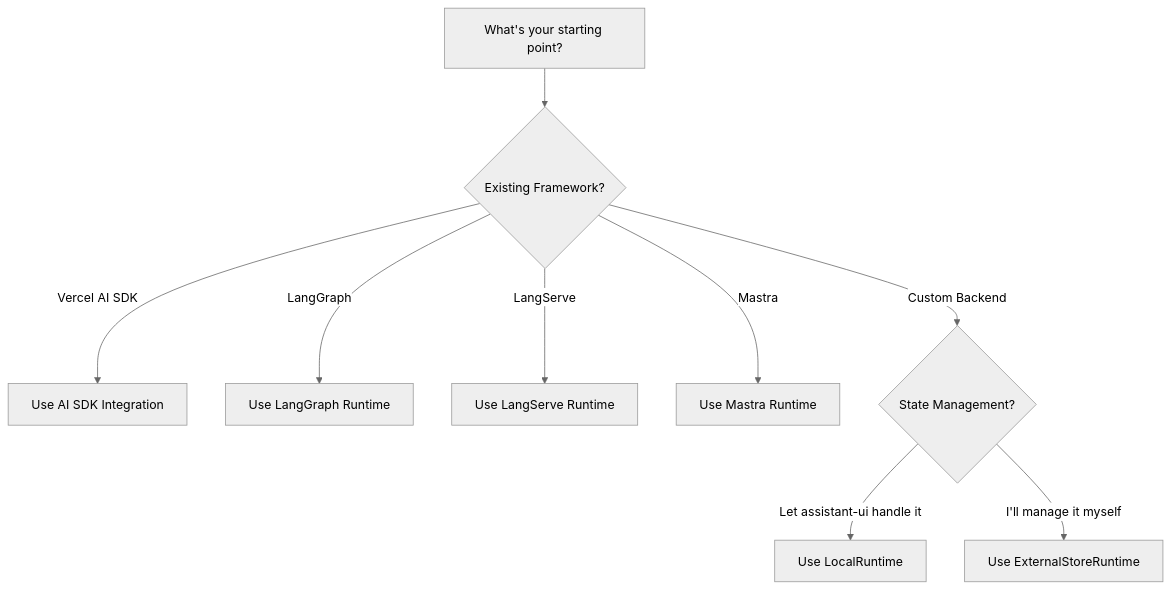
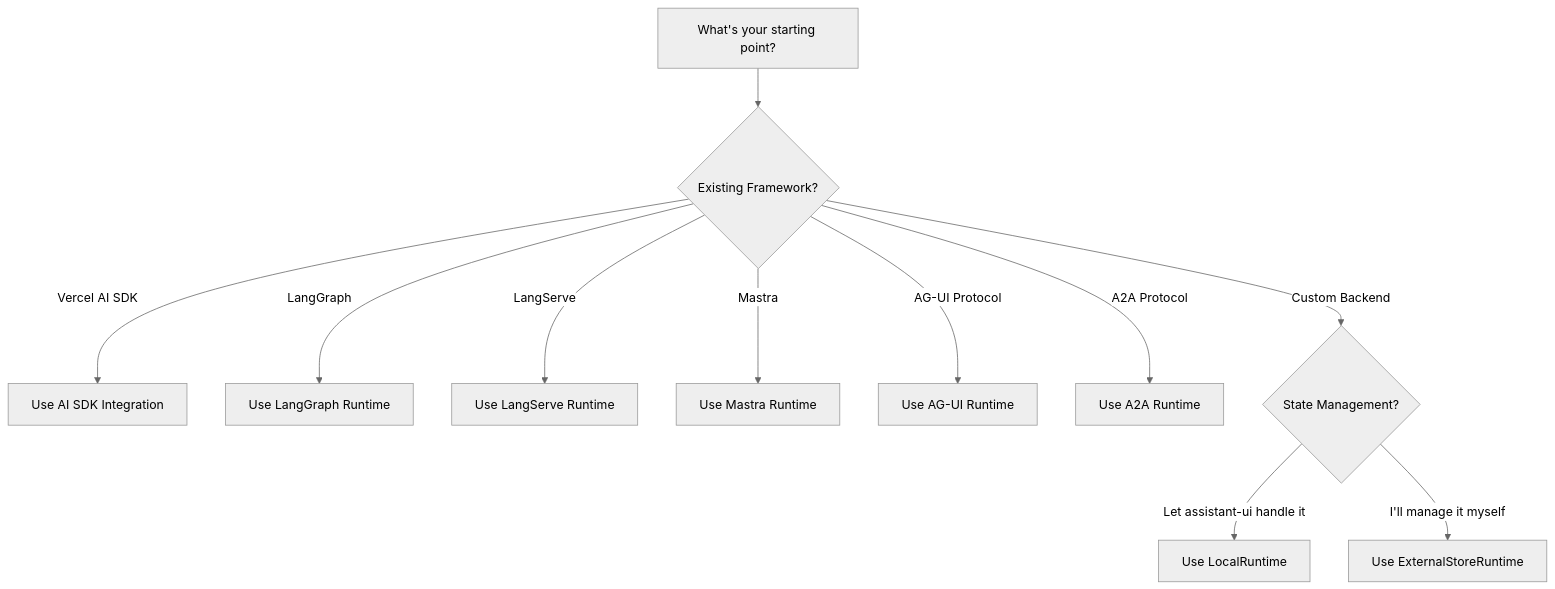
One commit to shaneholloman/assistant-ui changed the diagram in apps/docs/content/docs/runtimes/pick-a-runtime.mdx. Above: the diagram before and after it, drawn with Mermaid (neutral theme). The commit also changed other lines of this file and 96 other files, not shown here.

````diff
--- a/apps/docs/content/docs/runtimes/pick-a-runtime.mdx
+++ b/apps/docs/content/docs/runtimes/pick-a-runtime.mdx
@@ -10,11 +10,13 @@
 ```mermaid
 graph TD
     A[What's your starting point?] --> B{Existing Framework?}
     B -->|Vercel AI SDK| C[Use AI SDK Integration]
     B -->|LangGraph| D[Use LangGraph Runtime]
     B -->|LangServe| E[Use LangServe Runtime]
     B -->|Mastra| F[Use Mastra Runtime]
+    B -->|AG-UI Protocol| J[Use AG-UI Runtime]
+    B -->|A2A Protocol| K[Use A2A Runtime]
     B -->|Custom Backend| G{State Management?}
     G -->|Let assistant-ui handle it| H[Use LocalRuntime]
     G -->|I'll manage it myself| I[Use ExternalStoreRuntime]
 ```
````
